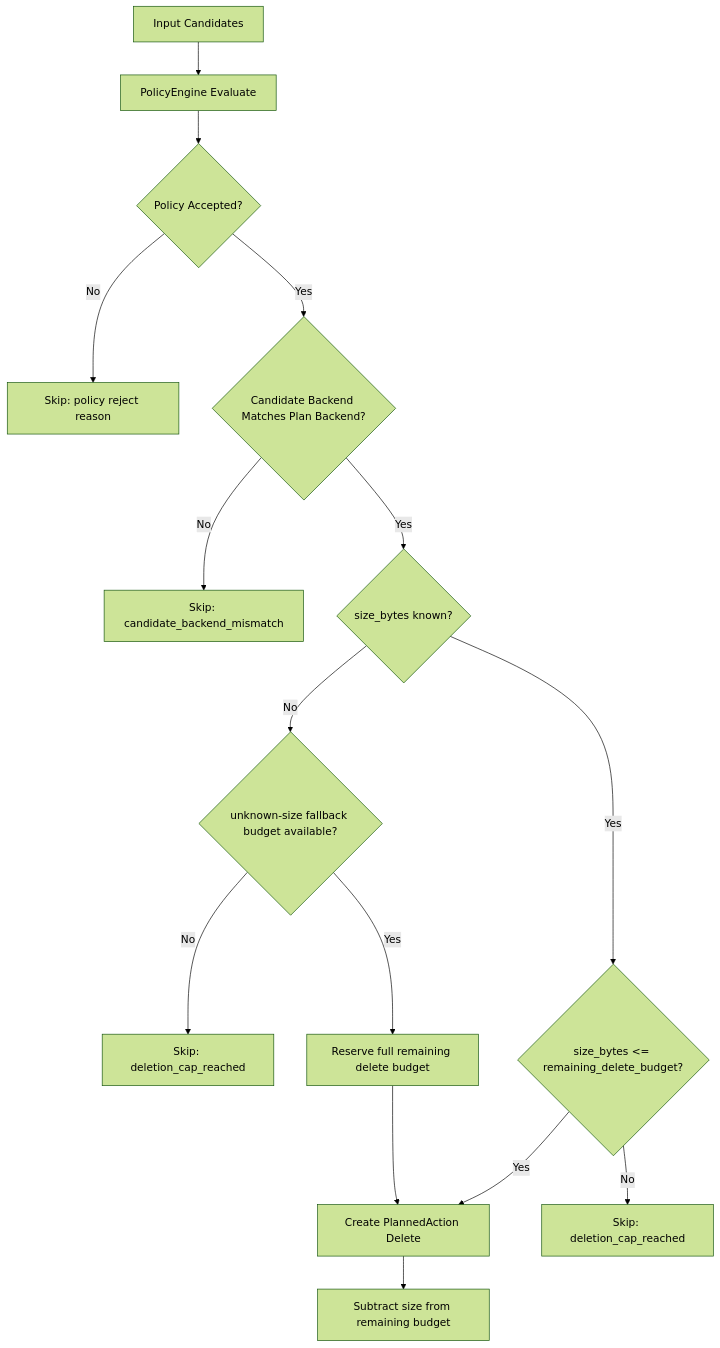
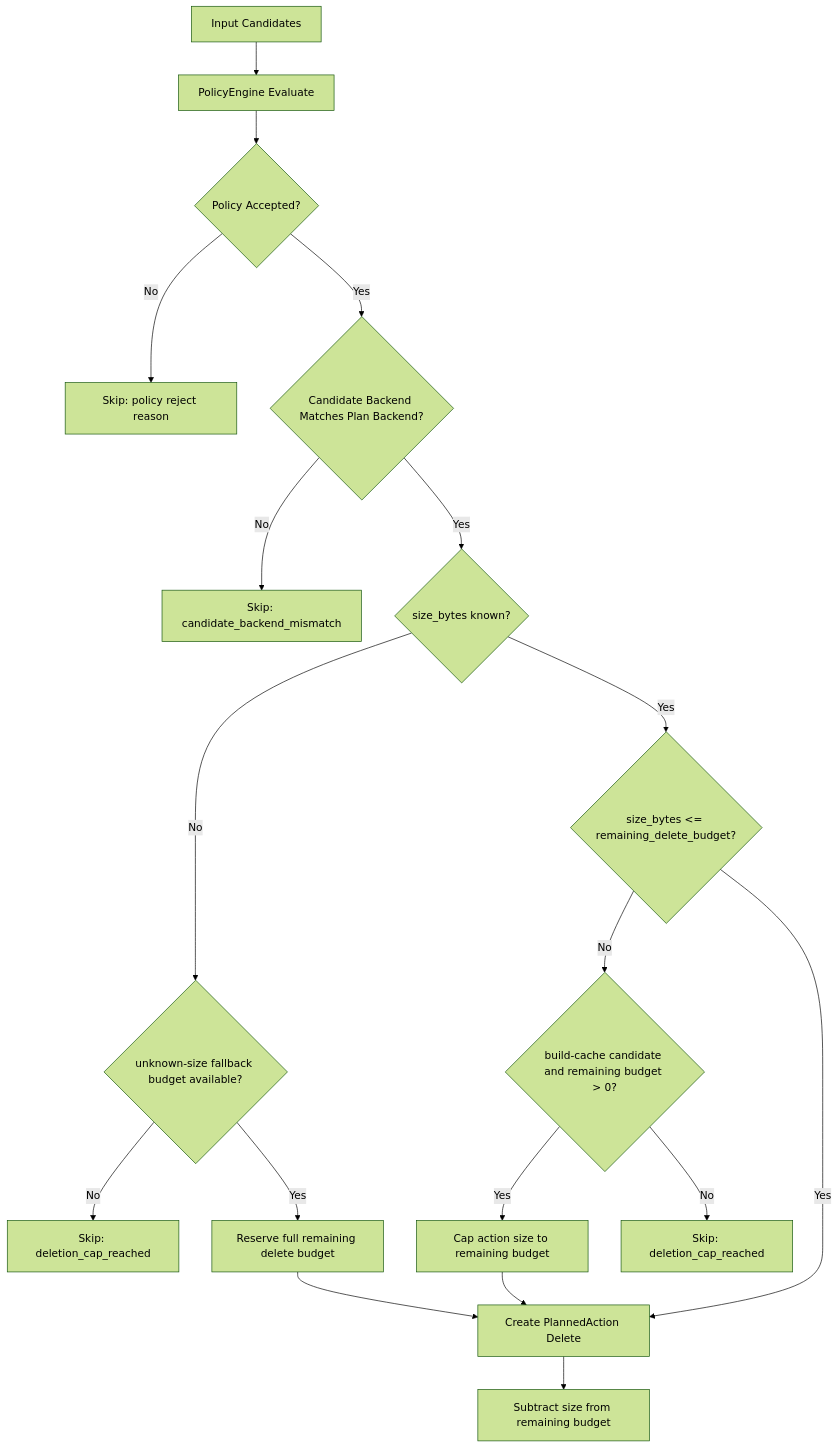
The first of 3 diagrams in flowcharts/cleanup-planning-and-execution.md (vivekvedant/prune-guard), drawn with Mermaid (forest theme) before and after one commit. The commit also changed 36 other files, not shown here.

````diff
--- a/flowcharts/cleanup-planning-and-execution.md
+++ b/flowcharts/cleanup-planning-and-execution.md
@@ -7,17 +7,20 @@
 ```mermaid
 flowchart TD
     A[Input Candidates] --> B[PolicyEngine Evaluate]
     B --> C{Policy Accepted?}
     C -- No --> R1[Skip: policy reject reason]
     C -- Yes --> D{Candidate Backend Matches Plan Backend?}
     D -- No --> R2[Skip: candidate_backend_mismatch]
     D -- Yes --> E{size_bytes known?}
     E -- No --> E1{unknown-size fallback budget available?}
     E1 -- No --> R3[Skip: deletion_cap_reached]
     E1 -- Yes --> E2[Reserve full remaining delete budget]
     E2 --> G
     E -- Yes --> F{size_bytes <= remaining_delete_budget?}
-    F -- No --> R4[Skip: deletion_cap_reached]
+    F -- No --> F1{build-cache candidate and remaining budget > 0?}
+    F1 -- Yes --> F2[Cap action size to remaining budget]
+    F2 --> G
+    F1 -- No --> R4[Skip: deletion_cap_reached]
     F -- Yes --> G[Create PlannedAction Delete]
     G --> H[Subtract size from remaining budget]
 ```
````
